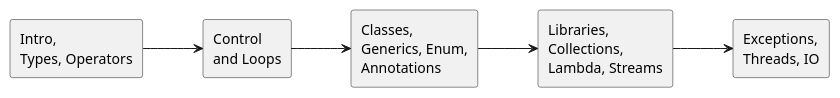
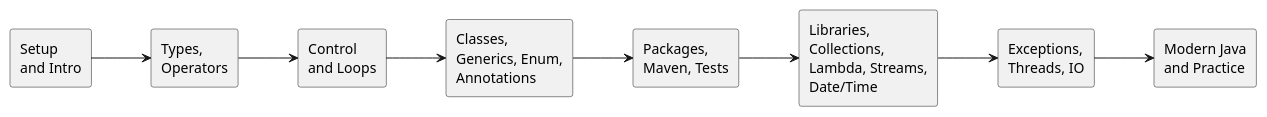
Before and after one commit to oneoffcoder/books: the diagram in sphinx/java-intro/source/index.rst, drawn with PlantUML. The commit also changed other lines of this file and 10 other files, not shown here.

```diff
--- a/sphinx/java-intro/source/index.rst
+++ b/sphinx/java-intro/source/index.rst
@@ -40,15 +40,21 @@
 .. uml::
 
    @startuml
    left to right direction
    skinparam shadowing false
-   rectangle "Intro,\nTypes, Operators" as syntax
+   rectangle "Setup\nand Intro" as setup
+   rectangle "Types,\nOperators" as syntax
    rectangle "Control\nand Loops" as flow
    rectangle "Classes,\nGenerics, Enum,\nAnnotations" as oop
-   rectangle "Libraries,\nCollections,\nLambda, Streams" as libraries
+   rectangle "Packages,\nMaven, Tests" as project
+   rectangle "Libraries,\nCollections,\nLambda, Streams,\nDate/Time" as libraries
    rectangle "Exceptions,\nThreads, IO" as runtime
+   rectangle "Modern Java\nand Practice" as practice
+   setup --> syntax
    syntax --> flow
    flow --> oop
-   oop --> libraries
+   oop --> project
+   project --> libraries
    libraries --> runtime
+   runtime --> practice
    @enduml
```
